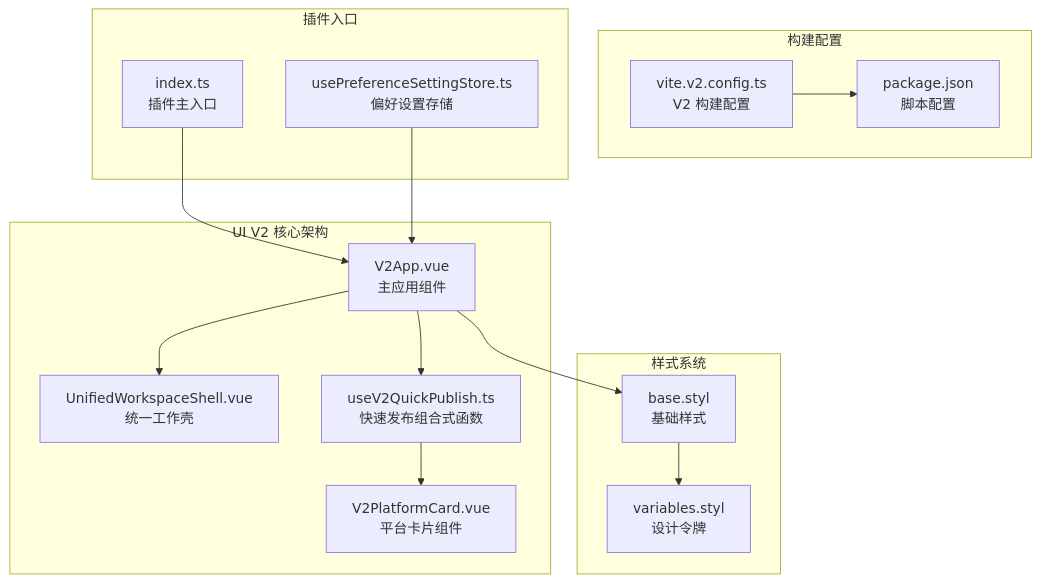
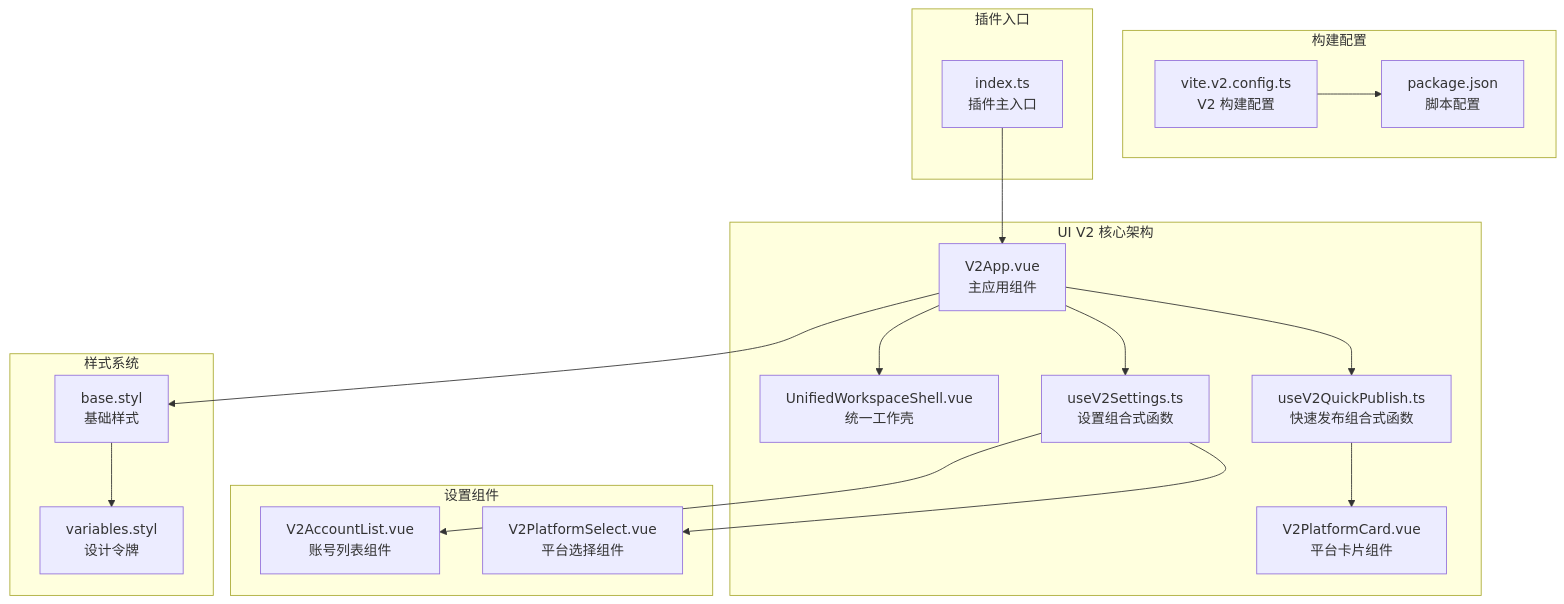
One commit to terwer/siyuan-plugin-publisher changed the first of 5 diagrams in .qoder/repowiki/zh/content/用户界面组件/UI V2 里程碑进度.md. Above: the diagram before and after it, drawn with Mermaid. The commit also changed other lines of this file and 16 other files, not shown here.

````diff
--- a/.qoder/repowiki/zh/content/用户界面组件/UI V2 里程碑进度.md
+++ b/.qoder/repowiki/zh/content/用户界面组件/UI V2 里程碑进度.md
@@ -46,29 +55,35 @@
 ```mermaid
 graph TB
 subgraph "UI V2 核心架构"
 V2App[V2App.vue<br/>主应用组件]
 Shell[UnifiedWorkspaceShell.vue<br/>统一工作壳]
 Quick[useV2QuickPublish.ts<br/>快速发布组合式函数]
 Platform[V2PlatformCard.vue<br/>平台卡片组件]
+Settings[useV2Settings.ts<br/>设置组合式函数]
+end
+subgraph "设置组件"
+AccountList[V2AccountList.vue<br/>账号列表组件]
+PlatformSelect[V2PlatformSelect.vue<br/>平台选择组件]
 end
 subgraph "样式系统"
 Base[base.styl<br/>基础样式]
 Variables[variables.styl<br/>设计令牌]
 end
 subgraph "构建配置"
 Vite[vite.v2.config.ts<br/>V2 构建配置]
 Package[package.json<br/>脚本配置]
 end
 subgraph "插件入口"
 Index[index.ts<br/>插件主入口]
-PrefStore[usePreferenceSettingStore.ts<br/>偏好设置存储]
 end
 V2App --> Shell
 V2App --> Quick
+V2App --> Settings
 Quick --> Platform
+Settings --> AccountList
+Settings --> PlatformSelect
 V2App --> Base
 Base --> Variables
 Vite --> Package
 Index --> V2App
-PrefStore --> V2App
 ```
````
